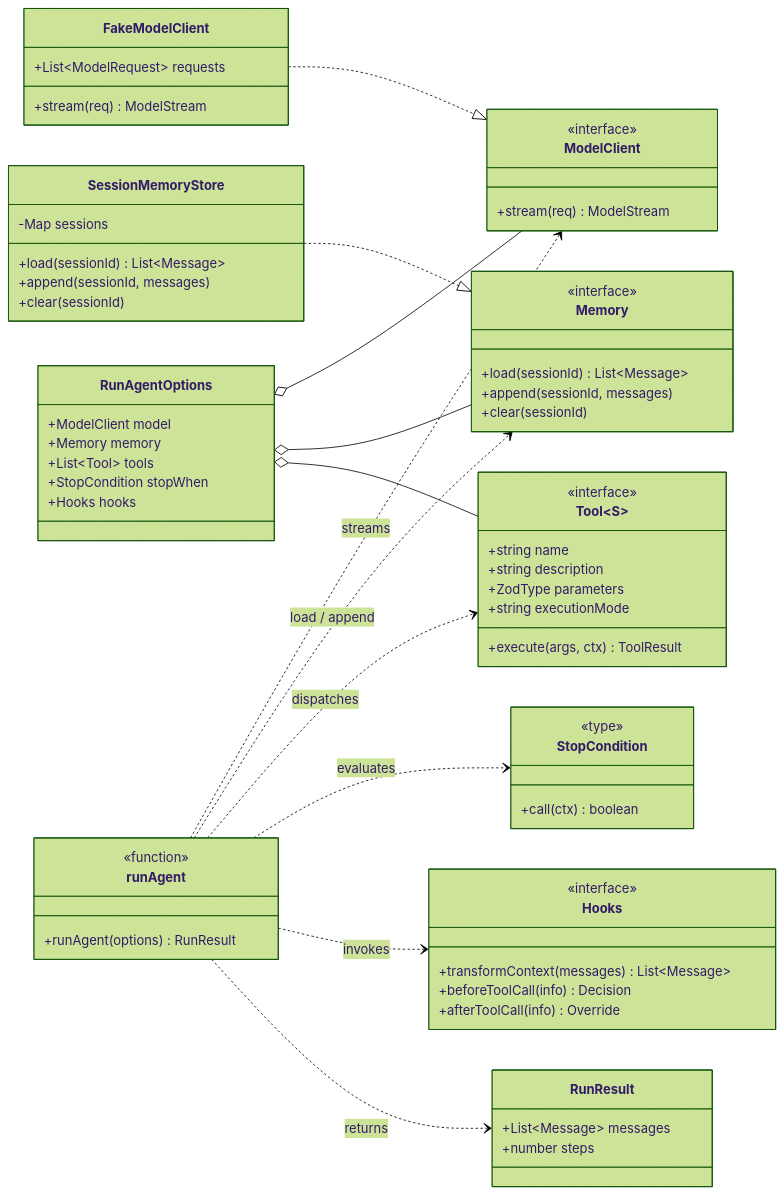
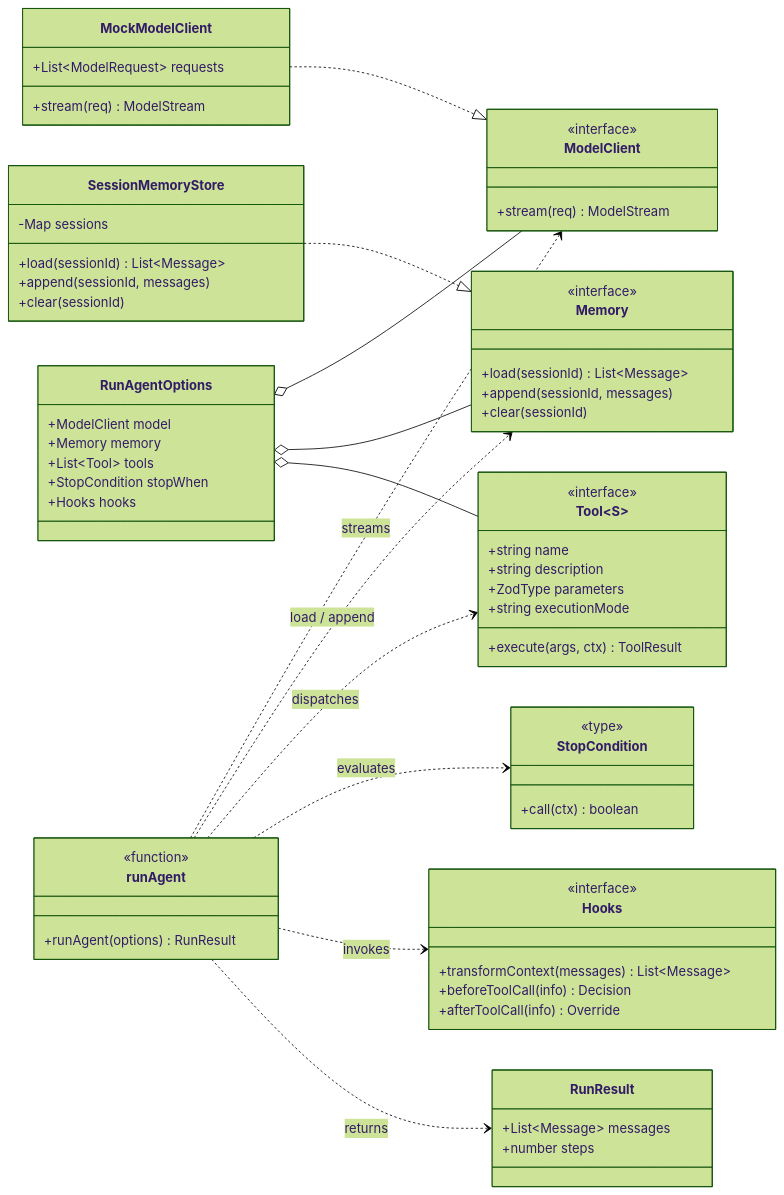
The fourth of 4 diagrams in agent-core/docs/architecture.md (featherless-ai/open-agent-loops), drawn with Mermaid (forest theme) before and after one commit. The commit also changed other lines of this file and 28 other files, not shown here.

````diff
--- a/agent-core/docs/architecture.md
+++ b/agent-core/docs/architecture.md
@@ -131,72 +131,72 @@
 ```mermaid
 classDiagram
     direction LR
 
     class ModelClient {
         <<interface>>
         +stream(req) ModelStream
     }
     class Memory {
         <<interface>>
         +load(sessionId) List~Message~
         +append(sessionId, messages)
         +clear(sessionId)
     }
     class Tool~S~ {
         <<interface>>
         +string name
         +string description
         +ZodType parameters
         +string executionMode
         +execute(args, ctx) ToolResult
     }
     class StopCondition {
         <<type>>
         +call(ctx) boolean
     }
     class Hooks {
         <<interface>>
         +transformContext(messages) List~Message~
         +beforeToolCall(info) Decision
         +afterToolCall(info) Override
     }
 
-    class FakeModelClient {
+    class MockModelClient {
         +List~ModelRequest~ requests
         +stream(req) ModelStream
     }
     class SessionMemoryStore {
         -Map sessions
         +load(sessionId) List~Message~
         +append(sessionId, messages)
         +clear(sessionId)
     }
 
     class runAgent {
         <<function>>
         +runAgent(options) RunResult
     }
     class RunAgentOptions {
         +ModelClient model
         +Memory memory
         +List~Tool~ tools
         +StopCondition stopWhen
         +Hooks hooks
     }
     class RunResult {
         +List~Message~ messages
         +number steps
     }
 
-    FakeModelClient ..|> ModelClient
+    MockModelClient ..|> ModelClient
     SessionMemoryStore ..|> Memory
     runAgent ..> ModelClient : streams
     runAgent ..> Memory : load / append
     runAgent ..> Tool : dispatches
     runAgent ..> StopCondition : evaluates
     runAgent ..> Hooks : invokes
     runAgent ..> RunResult : returns
     RunAgentOptions o-- ModelClient
     RunAgentOptions o-- Memory
     RunAgentOptions o-- Tool
 ```
````
